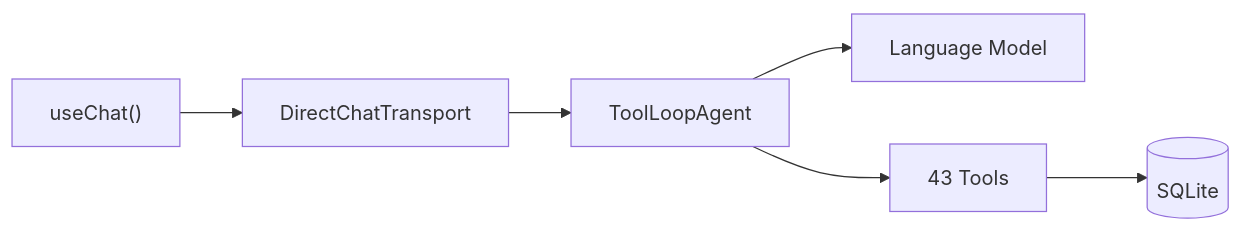
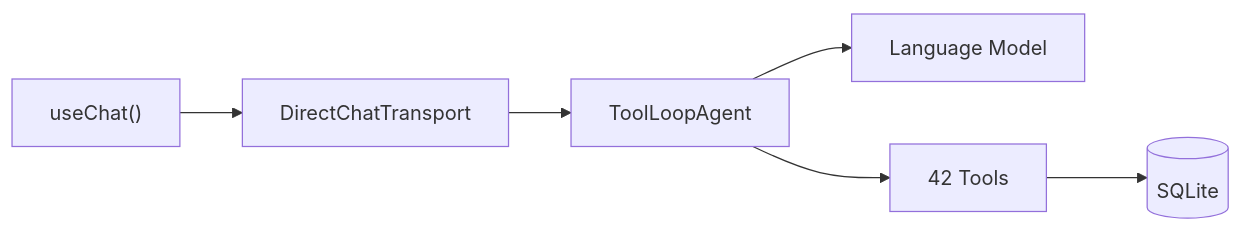
Before and after one commit to g0dxn4/Shikin: the diagram in docs/reference/AI-TOOLS.md, drawn with Mermaid. The commit also changed other lines of this file and 20 other files, not shown here.

````diff
--- a/docs/reference/AI-TOOLS.md
+++ b/docs/reference/AI-TOOLS.md
@@ -14,8 +14,8 @@
 ```mermaid
 graph LR
     useChat["useChat()"] --> DCT[DirectChatTransport]
     DCT --> TLA[ToolLoopAgent]
     TLA --> Model[Language Model]
-    TLA --> Tools["43 Tools"]
+    TLA --> Tools["42 Tools"]
     Tools --> DB[(SQLite)]
 ```
````
